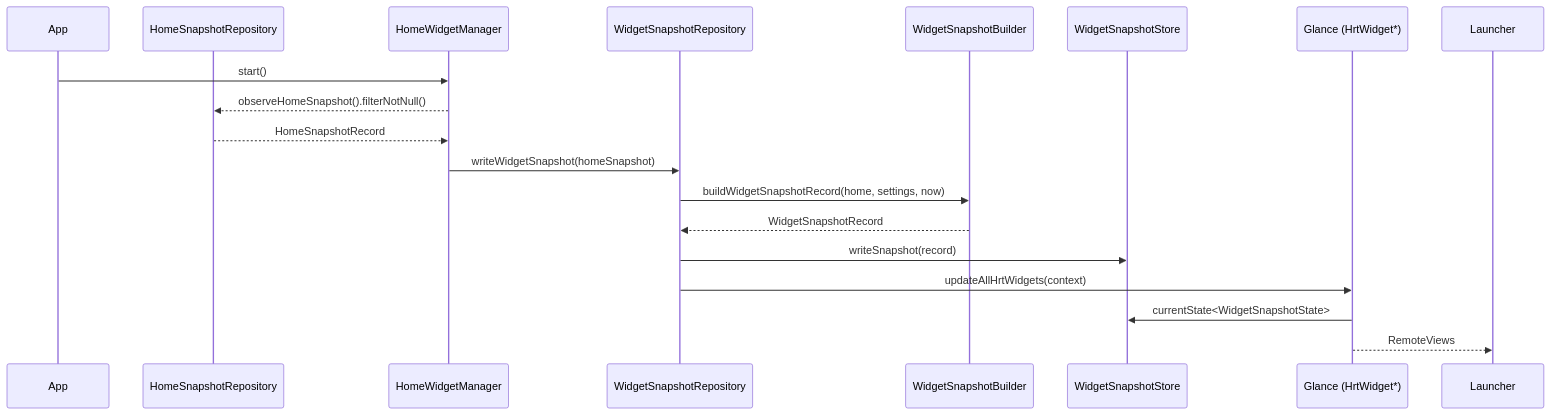
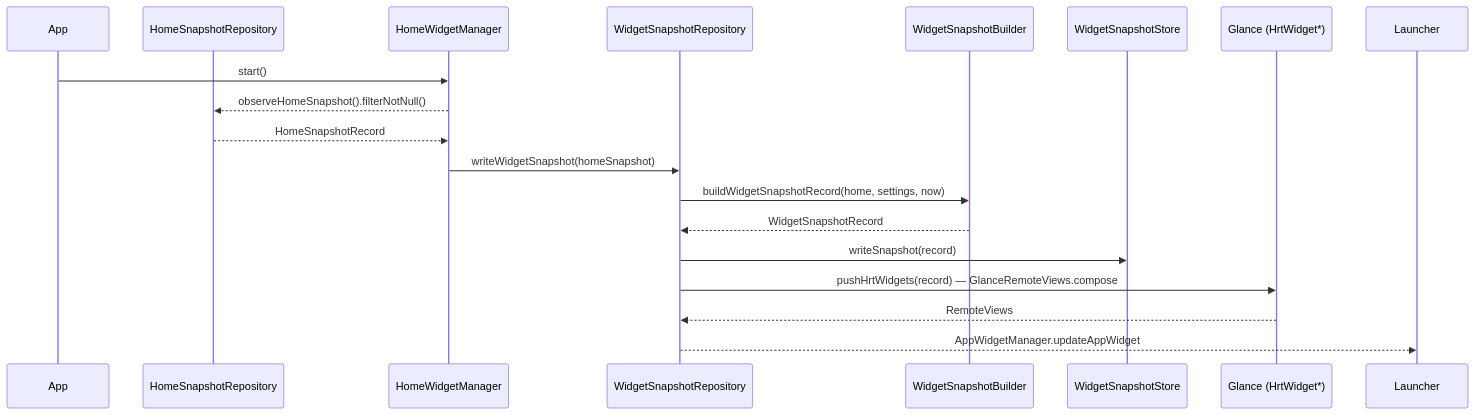
The first of 2 diagrams in docs/widget.md (mkx173/Featherline), drawn with Mermaid before and after one commit. The commit also changed other lines of this file and 3 other files, not shown here.

````diff
--- a/docs/widget.md
+++ b/docs/widget.md
@@ -14,22 +14,22 @@
 ```mermaid
 sequenceDiagram
   participant App
   participant HomeRepo as HomeSnapshotRepository
   participant Manager as HomeWidgetManager
   participant WidgetRepo as WidgetSnapshotRepository
   participant Builder as WidgetSnapshotBuilder
   participant Store as WidgetSnapshotStore
   participant Glance as Glance (HrtWidget*)
   participant Launcher
 
   App->>Manager: start()
   Manager-->>HomeRepo: observeHomeSnapshot().filterNotNull()
   HomeRepo-->>Manager: HomeSnapshotRecord
   Manager->>WidgetRepo: writeWidgetSnapshot(homeSnapshot)
   WidgetRepo->>Builder: buildWidgetSnapshotRecord(home, settings, now)
   Builder-->>WidgetRepo: WidgetSnapshotRecord
   WidgetRepo->>Store: writeSnapshot(record)
-  WidgetRepo->>Glance: updateAllHrtWidgets(context)
-  Glance->>Store: currentState<WidgetSnapshotState>
-  Glance-->>Launcher: RemoteViews
+  WidgetRepo->>Glance: pushHrtWidgets(record) — GlanceRemoteViews.compose
+  Glance-->>WidgetRepo: RemoteViews
+  WidgetRepo-->>Launcher: AppWidgetManager.updateAppWidget
 ```
````
